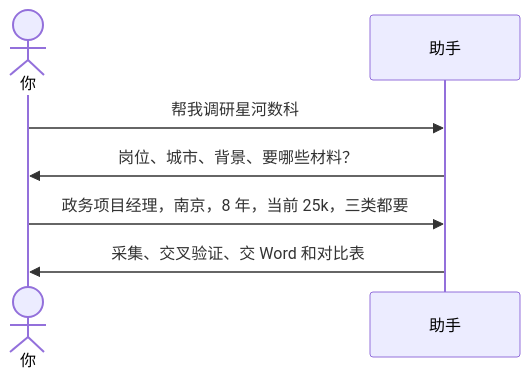
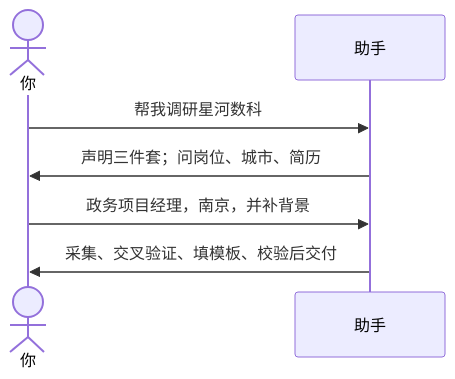
Before and after one commit to qiusuo0226/skills-manager-backup: the diagram in job-research-analyst/examples/01-调研一家公司.md, drawn with Mermaid. The commit also changed other lines of this file and 20 other files, not shown here.

````diff
--- a/job-research-analyst/examples/01-调研一家公司.md
+++ b/job-research-analyst/examples/01-调研一家公司.md
@@ -11,10 +11,10 @@
 ```mermaid
 sequenceDiagram
     actor You as 你
     participant AI as 助手
 
     You->>AI: 帮我调研星河数科
-    AI->>You: 岗位、城市、背景、要哪些材料？
-    You->>AI: 政务项目经理，南京，8 年，当前 25k，三类都要
-    AI->>You: 采集、交叉验证、交 Word 和对比表
+    AI->>You: 声明三件套；问岗位、城市、简历
+    You->>AI: 政务项目经理，南京，并补背景
+    AI->>You: 采集、交叉验证、填模板、校验后交付
 ```
````
